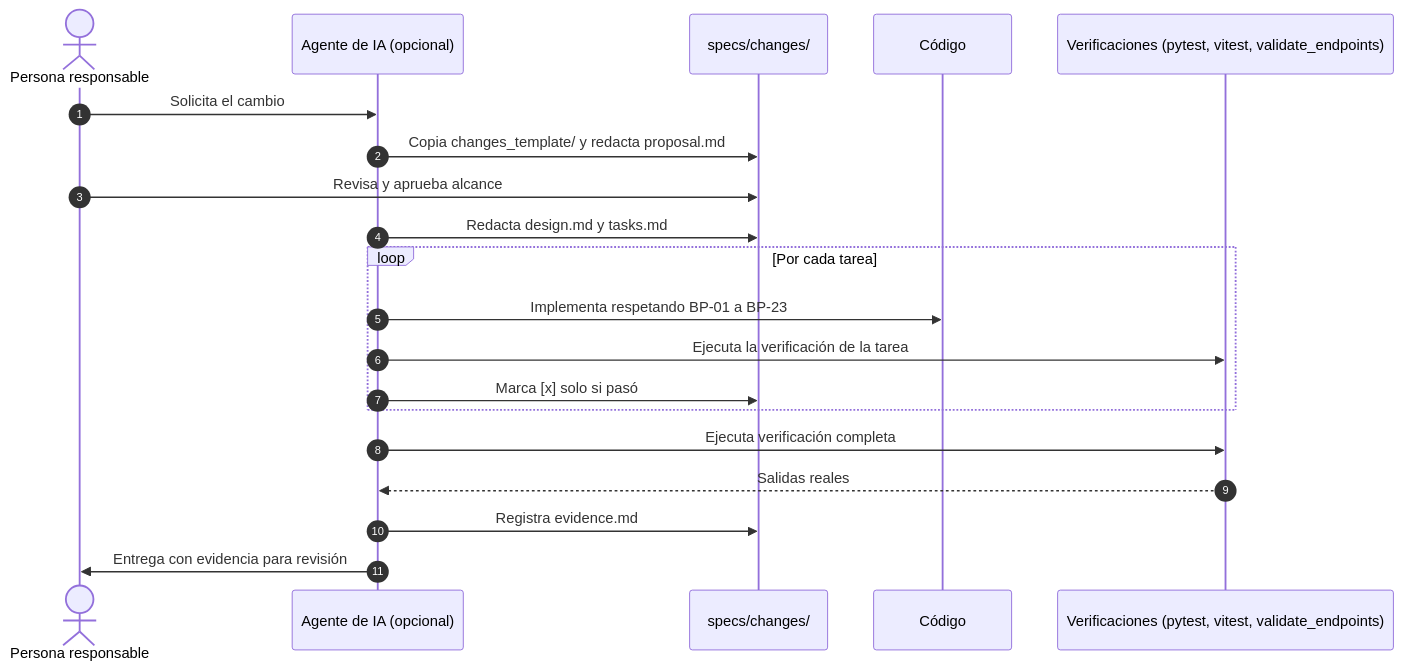
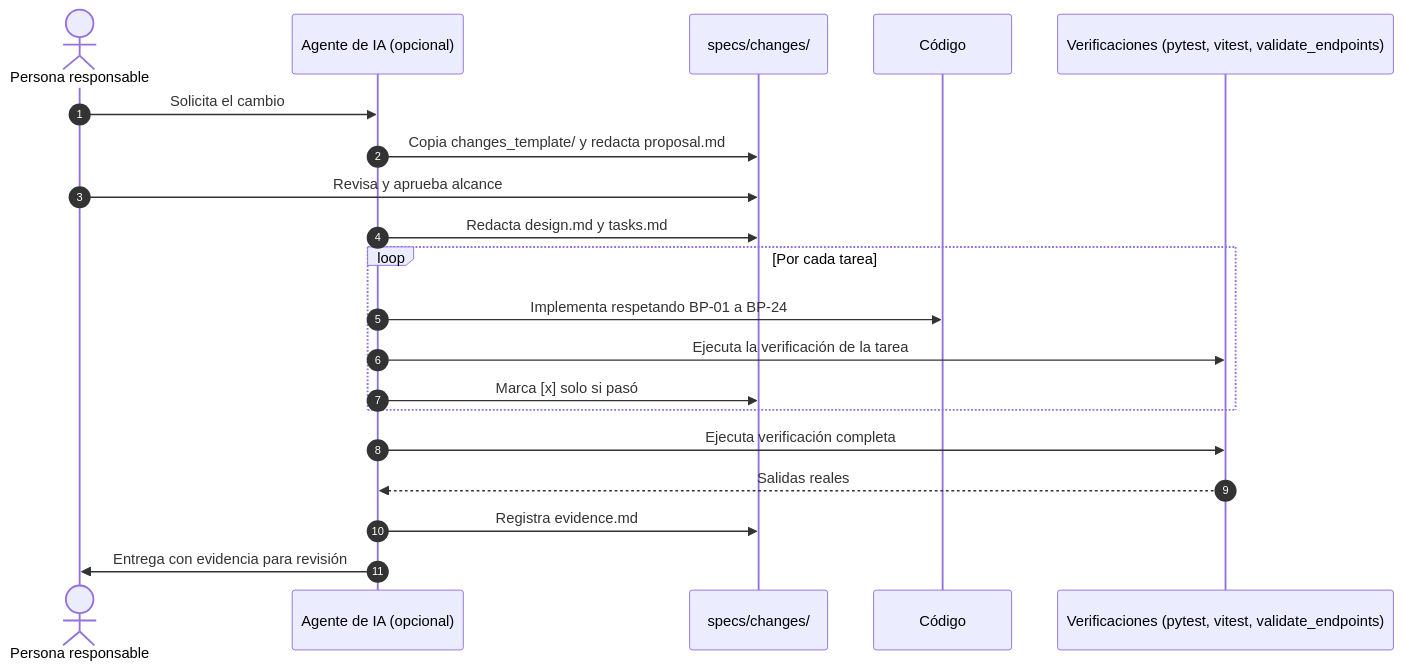
One commit to jnmontoy/sdd changed the diagram in greenfield/14_protocolo_cambios_atomicos_y_especificaciones_vivas.md. Above: the diagram before and after it, drawn with Mermaid. The commit also changed other lines of this file and 8 other files, not shown here.

````diff
--- a/greenfield/14_protocolo_cambios_atomicos_y_especificaciones_vivas.md
+++ b/greenfield/14_protocolo_cambios_atomicos_y_especificaciones_vivas.md
@@ -69,23 +69,23 @@
 ```mermaid
 sequenceDiagram
     autonumber
     actor Dev as Persona responsable
     participant IA as Agente de IA (opcional)
     participant Spec as specs/changes/
     participant Code as Código
     participant Gate as Verificaciones (pytest, vitest, validate_endpoints)
 
     Dev->>IA: Solicita el cambio
     IA->>Spec: Copia changes_template/ y redacta proposal.md
     Dev->>Spec: Revisa y aprueba alcance
     IA->>Spec: Redacta design.md y tasks.md
     loop Por cada tarea
-        IA->>Code: Implementa respetando BP-01 a BP-23
+        IA->>Code: Implementa respetando BP-01 a BP-24
         IA->>Gate: Ejecuta la verificación de la tarea
         IA->>Spec: Marca [x] solo si pasó
     end
     IA->>Gate: Ejecuta verificación completa
     Gate-->>IA: Salidas reales
     IA->>Spec: Registra evidence.md
     IA->>Dev: Entrega con evidencia para revisión
 ```
````
